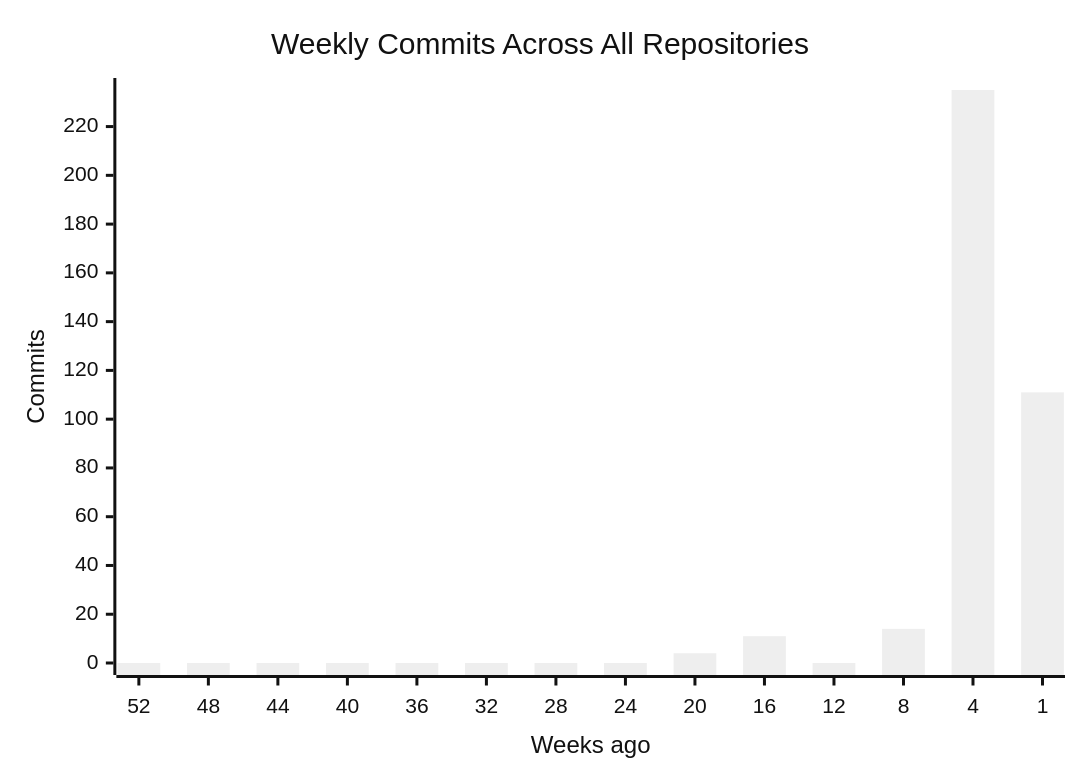
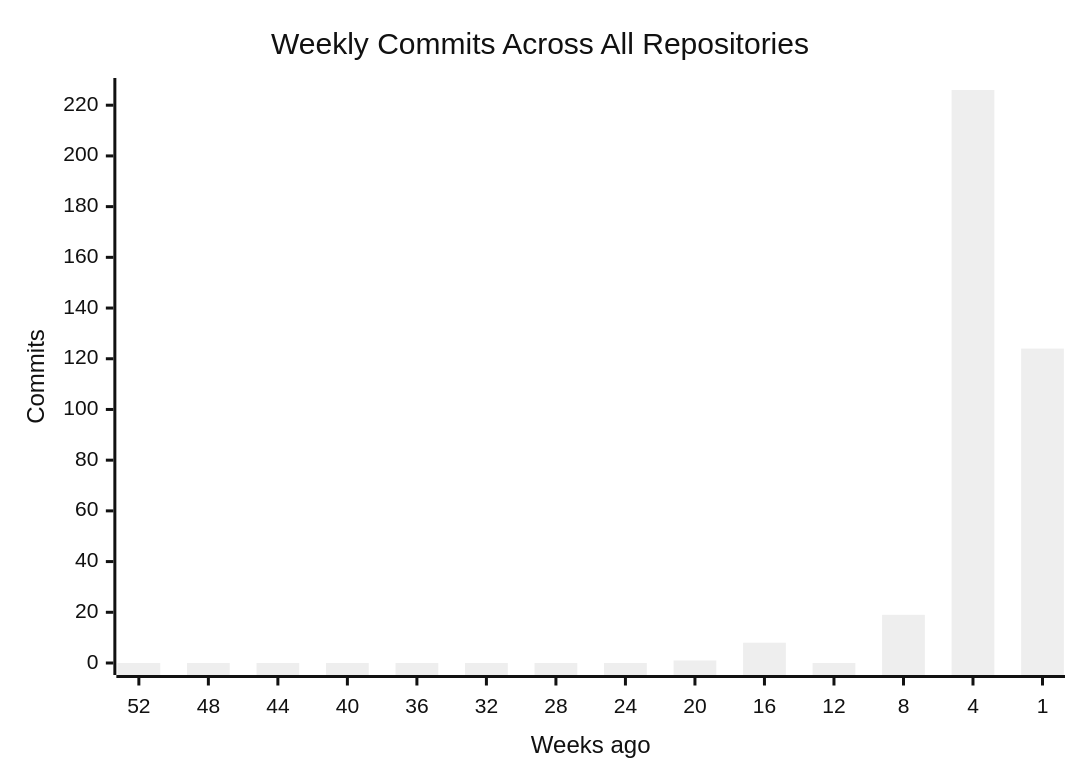
Before and after one commit to CSTH-Projects/.github: the first of 4 diagrams in profile/README.md, drawn with Mermaid (neutral theme). The commit also changed other lines of this file, not shown here.

````diff
--- a/profile/README.md
+++ b/profile/README.md
@@ -16,7 +16,7 @@
 ```mermaid
 xychart-beta
     title "Weekly Commits Across All Repositories"
     x-axis "Weeks ago" [52, 48, 44, 40, 36, 32, 28, 24, 20, 16, 12, 8, 4, 1]
     y-axis "Commits"
-    bar [0, 0, 0, 0, 0, 0, 0, 0, 4, 11, 0, 14, 235, 111]
+    bar [0, 0, 0, 0, 0, 0, 0, 0, 1, 8, 0, 19, 226, 124]
 ```
````
